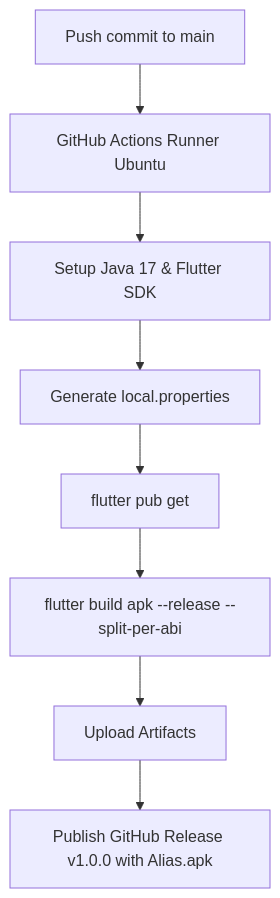
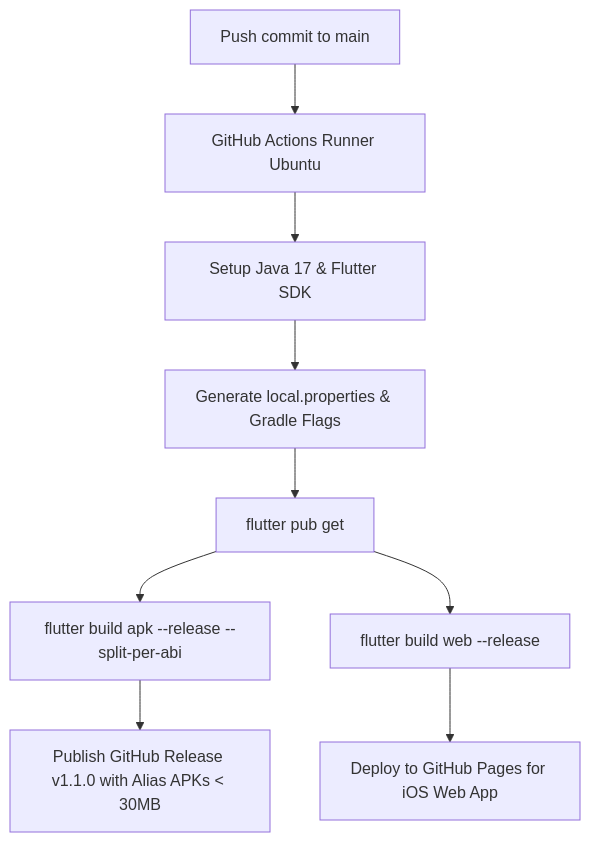
One commit to sadmanerror/Alias changed the diagram in MASTER_GUIDE.md. Above: the diagram before and after it, drawn with Mermaid. The commit also changed other lines of this file and 35 other files, not shown here.

Commit message:
feat(v1.1.0): Add app logo branding, phone notifications, Agora voice/video RTC, DM/Group settings, Giphy library, and <30MB APK optimization

````diff
--- a/MASTER_GUIDE.md
+++ b/MASTER_GUIDE.md
@@ -288,10 +295,11 @@
 ```mermaid
 graph TD
     A[Push commit to main] --> B[GitHub Actions Runner Ubuntu]
     B --> C[Setup Java 17 & Flutter SDK]
-    C --> D[Generate local.properties]
+    C --> D[Generate local.properties & Gradle Flags]
     D --> E[flutter pub get]
     E --> F[flutter build apk --release --split-per-abi]
-    F --> G[Upload Artifacts]
-    G --> H[Publish GitHub Release v1.0.0 with Alias.apk]
+    E --> G[flutter build web --release]
+    F --> H[Publish GitHub Release v1.1.0 with Alias APKs < 30MB]
+    G --> I[Deploy to GitHub Pages for iOS Web App]
 ```
````
